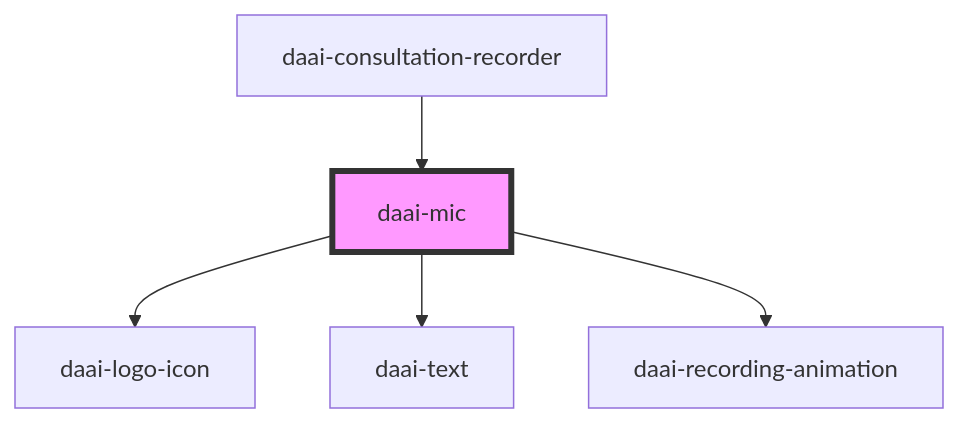
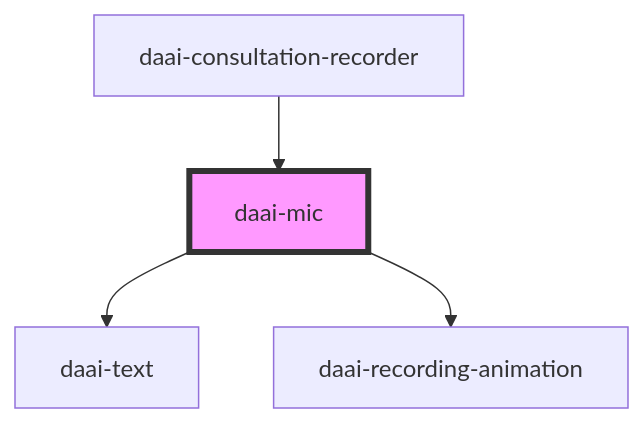
One commit to doctor-assistant/web-components changed the diagram in src/components/organisms/mic/readme.md. Above: the diagram before and after it, drawn with Mermaid. The commit also changed other lines of this file and 23 other files, not shown here.

````diff
--- a/src/components/organisms/mic/readme.md
+++ b/src/components/organisms/mic/readme.md
@@ -26,8 +25,7 @@
 ```mermaid
 graph TD;
-  daai-mic --> daai-logo-icon
   daai-mic --> daai-text
   daai-mic --> daai-recording-animation
   daai-consultation-recorder --> daai-mic
   style daai-mic fill:#f9f,stroke:#333,stroke-width:4px
 ```
````
